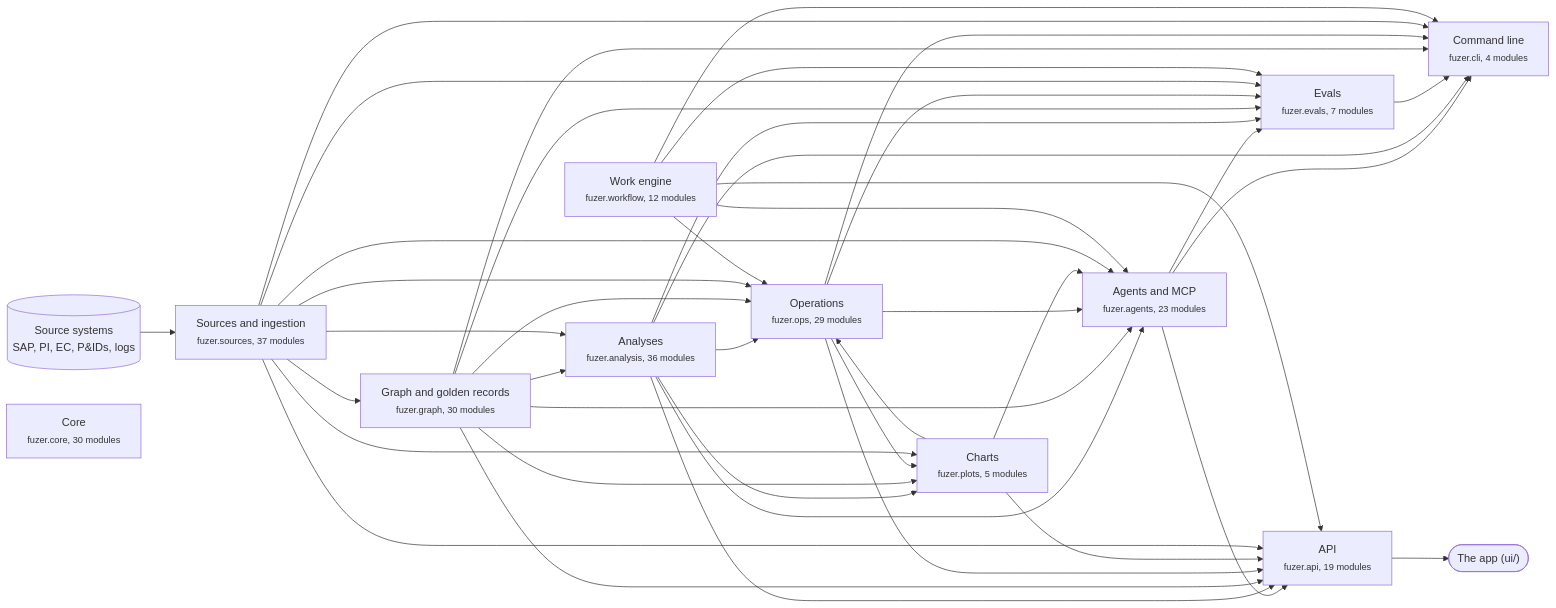
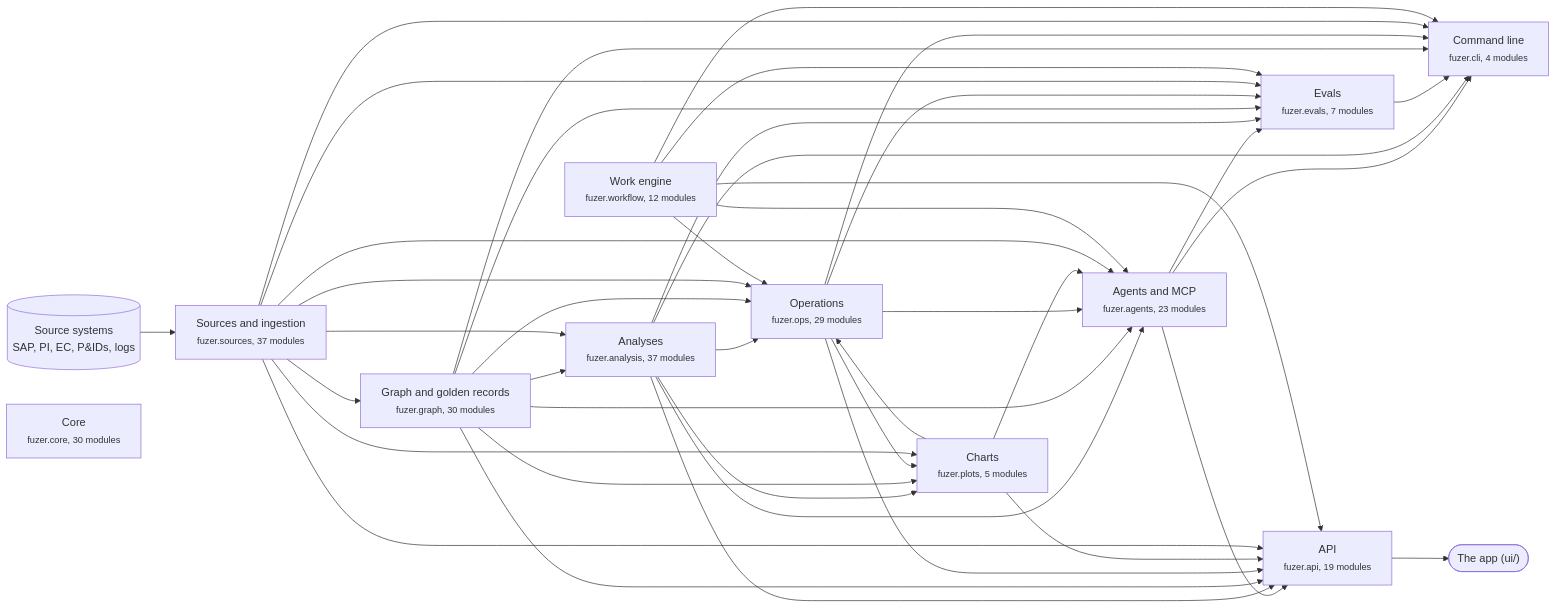
The first of 3 diagrams in docs/architecture.md (areed145/fuzer), drawn with Mermaid before and after one commit. The commit also changed other lines of this file and 19 other files, not shown here.

````diff
--- a/docs/architecture.md
+++ b/docs/architecture.md
@@ -8,66 +8,66 @@
 ```mermaid
 flowchart LR
   systems[("Source systems<br>SAP, PI, EC, P&IDs, logs")] --> c_sources
   app(["The app (ui/)"])
   c_api --> app
   c_sources["Sources and ingestion<br><small>fuzer.sources, 37 modules</small>"]
   c_graph["Graph and golden records<br><small>fuzer.graph, 30 modules</small>"]
-  c_analysis["Analyses<br><small>fuzer.analysis, 36 modules</small>"]
+  c_analysis["Analyses<br><small>fuzer.analysis, 37 modules</small>"]
   c_ops["Operations<br><small>fuzer.ops, 29 modules</small>"]
   c_plots["Charts<br><small>fuzer.plots, 5 modules</small>"]
   c_workflow["Work engine<br><small>fuzer.workflow, 12 modules</small>"]
   c_agents["Agents and MCP<br><small>fuzer.agents, 23 modules</small>"]
   c_evals["Evals<br><small>fuzer.evals, 7 modules</small>"]
   c_api["API<br><small>fuzer.api, 19 modules</small>"]
   c_cli["Command line<br><small>fuzer.cli, 4 modules</small>"]
   c_core["Core<br><small>fuzer.core, 30 modules</small>"]
   c_sources --> c_graph
   c_graph --> c_analysis
   c_sources --> c_analysis
   c_analysis --> c_ops
   c_graph --> c_ops
   c_plots --> c_ops
   c_sources --> c_ops
   c_workflow --> c_ops
   c_analysis --> c_plots
   c_graph --> c_plots
   c_ops --> c_plots
   c_sources --> c_plots
   c_analysis --> c_agents
   c_graph --> c_agents
   c_ops --> c_agents
   c_plots --> c_agents
   c_sources --> c_agents
   c_workflow --> c_agents
   c_agents --> c_evals
   c_analysis --> c_evals
   c_graph --> c_evals
   c_ops --> c_evals
   c_sources --> c_evals
   c_workflow --> c_evals
   c_agents --> c_api
   c_analysis --> c_api
   c_graph --> c_api
   c_ops --> c_api
   c_plots --> c_api
   c_sources --> c_api
   c_workflow --> c_api
   c_agents --> c_cli
   c_analysis --> c_cli
   c_evals --> c_cli
   c_graph --> c_cli
   c_ops --> c_cli
   c_sources --> c_cli
   c_workflow --> c_cli
   click c_sources "https://github.com/areed145/fuzer/tree/main/src/fuzer/sources"
   click c_graph "https://github.com/areed145/fuzer/tree/main/src/fuzer/graph"
   click c_analysis "https://github.com/areed145/fuzer/tree/main/src/fuzer/analysis"
   click c_ops "https://github.com/areed145/fuzer/tree/main/src/fuzer/ops"
   click c_plots "https://github.com/areed145/fuzer/tree/main/src/fuzer/plots"
   click c_workflow "https://github.com/areed145/fuzer/tree/main/src/fuzer/workflow"
   click c_agents "https://github.com/areed145/fuzer/tree/main/src/fuzer/agents"
   click c_evals "https://github.com/areed145/fuzer/tree/main/src/fuzer/evals"
   click c_api "https://github.com/areed145/fuzer/tree/main/src/fuzer/api"
   click c_cli "https://github.com/areed145/fuzer/tree/main/src/fuzer/cli"
   click c_core "https://github.com/areed145/fuzer/tree/main/src/fuzer/core"
 ```
````
